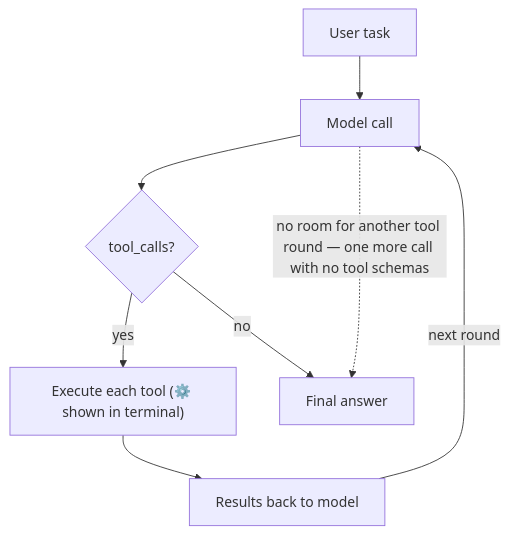
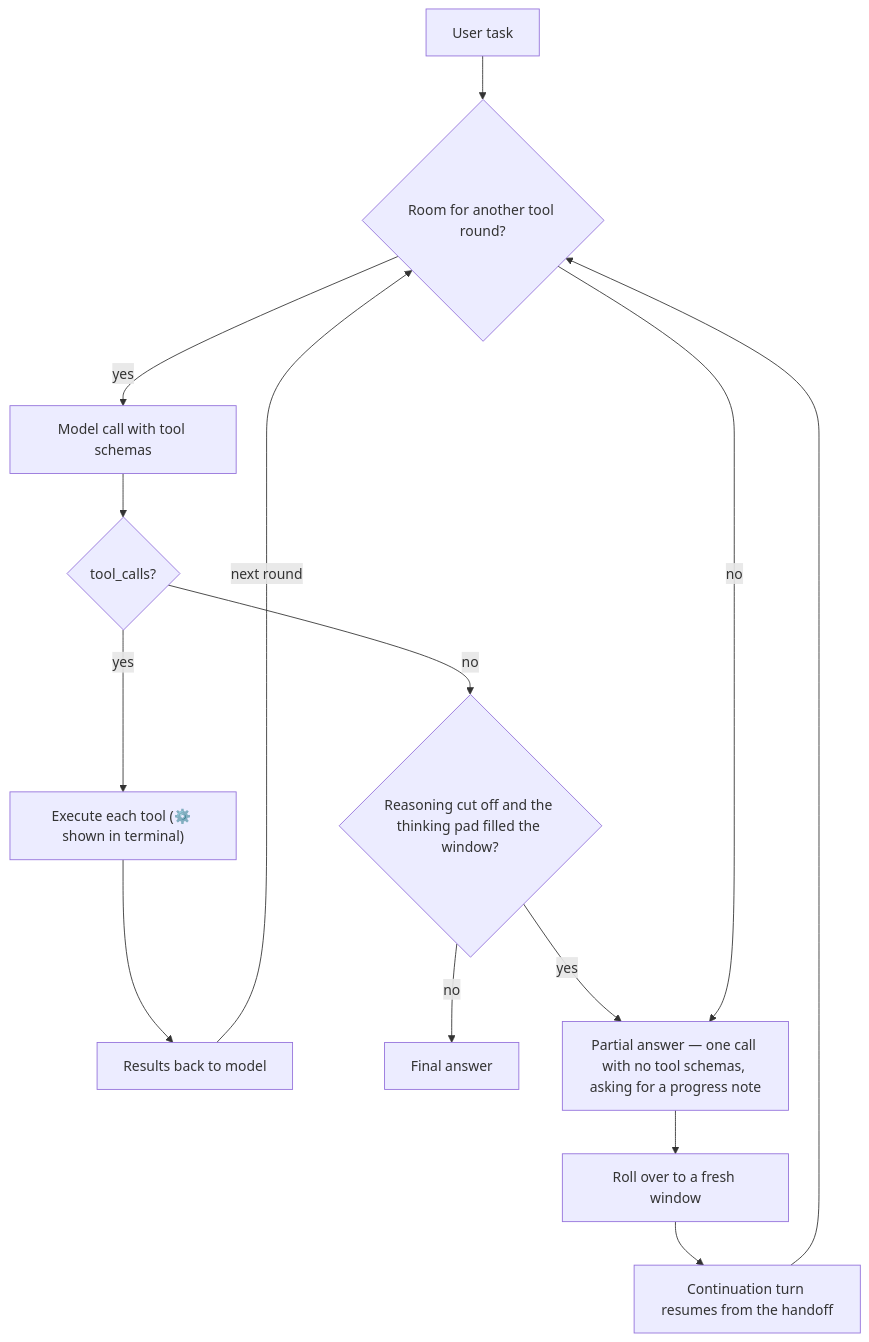
One commit to goluckyryan/letsClaw changed the diagram in README.md. Above: the diagram before and after it, drawn with Mermaid. The commit also changed other lines of this file, not shown here.

First line of the commit message:
README: define history; document the out-of-room continuation

````diff
--- a/README.md
+++ b/README.md
@@ -208,10 +209,16 @@
 ```mermaid
 graph TD
-    U[User task] --> M[Model call]
+    U[User task] --> G{Room for another tool round?}
+    G -->|yes| M[Model call with tool schemas]
     M --> Q{tool_calls?}
     Q -->|yes| E["Execute each tool (⚙️ shown in terminal)"]
     E --> R[Results back to model]
-    R -->|next round| M
-    Q -->|no| A[Final answer]
-    M -.->|no room for another tool round — one more call with no tool schemas| A
+    R -->|next round| G
+    Q -->|no| T{"Reasoning cut off and the thinking pad filled the window?"}
+    T -->|no| A[Final answer]
+    T -->|yes| P
+    G -->|no| P["Partial answer — one call with no tool schemas, asking for a progress note"]
+    P --> RO[Roll over to a fresh window]
+    RO --> C["Continuation turn resumes from the handoff"]
+    C --> G
 ```
````
